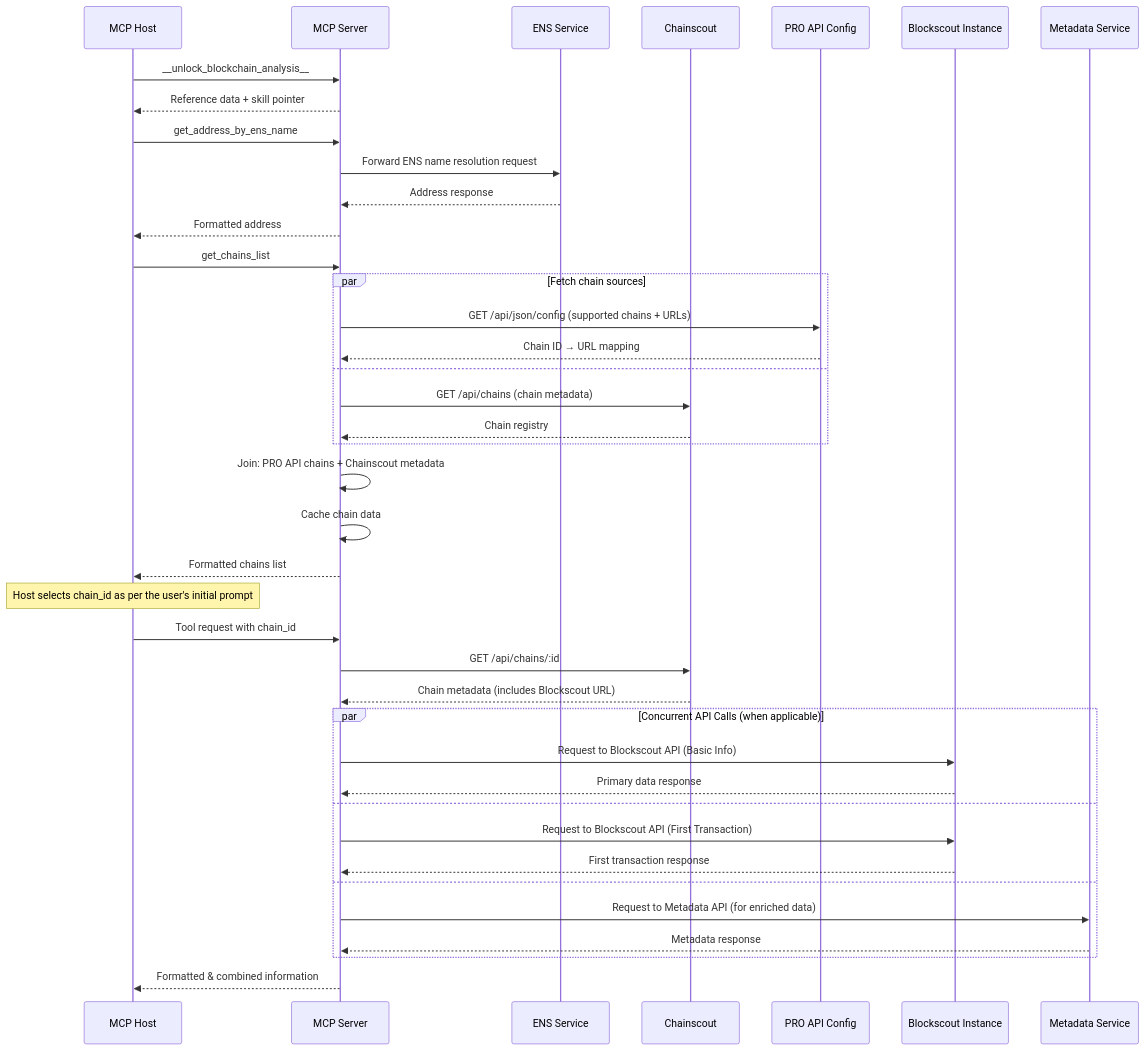
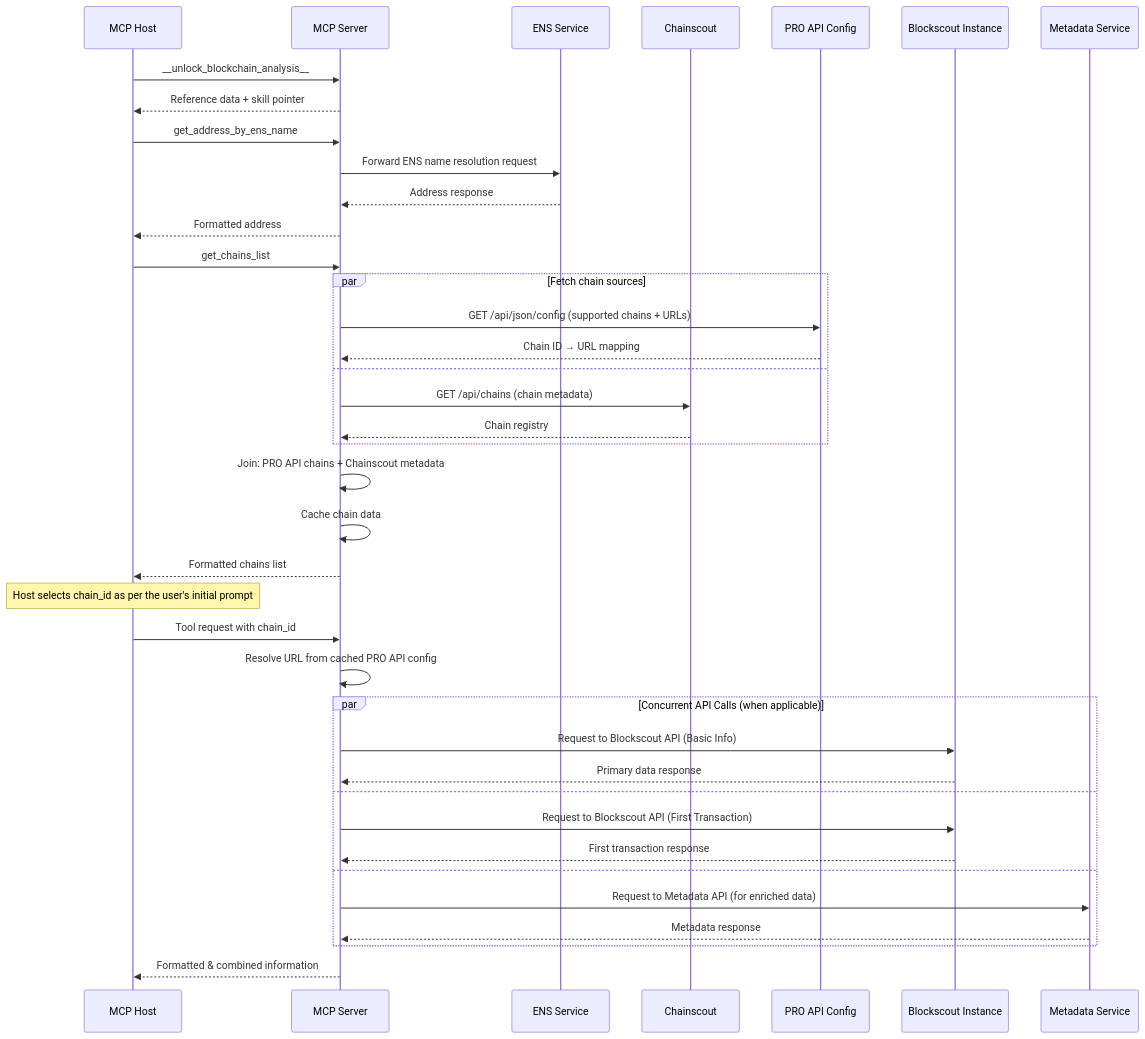
Before and after one commit to blockscout/mcp-server: the first of 3 diagrams in SPEC.md, drawn with Mermaid. The commit also changed 2 other files, not shown here.

Commit message:
Add missing PRO API gap tests and fix stale spec flow

````diff
--- a/SPEC.md
+++ b/SPEC.md
@@ -73,47 +73,46 @@
 ```mermaid
 sequenceDiagram
     participant AI as MCP Host
     participant MCP as MCP Server
     participant BENS as ENS Service
     participant CS as Chainscout
     participant ProAPI as PRO API Config
     participant BS as Blockscout Instance
     participant Metadata as Metadata Service
 
     AI->>MCP: __unlock_blockchain_analysis__
     MCP-->>AI: Reference data + skill pointer
 
     AI->>MCP: get_address_by_ens_name
     MCP->>BENS: Forward ENS name resolution request
     BENS-->>MCP: Address response
     MCP-->>AI: Formatted address
 
     AI->>MCP: get_chains_list
     par Fetch chain sources
         MCP->>ProAPI: GET /api/json/config (supported chains + URLs)
         ProAPI-->>MCP: Chain ID → URL mapping
     and
         MCP->>CS: GET /api/chains (chain metadata)
         CS-->>MCP: Chain registry
     end
     MCP->>MCP: Join: PRO API chains + Chainscout metadata
     MCP->>MCP: Cache chain data
     MCP-->>AI: Formatted chains list
 
     Note over AI: Host selects chain_id as per the user's initial prompt
 
     AI->>MCP: Tool request with chain_id
-    MCP->>CS: GET /api/chains/:id
-    CS-->>MCP: Chain metadata (includes Blockscout URL)
+    MCP->>MCP: Resolve URL from cached PRO API config
     par Concurrent API Calls (when applicable)
         MCP->>BS: Request to Blockscout API (Basic Info)
         BS-->>MCP: Primary data response
     and
         MCP->>BS: Request to Blockscout API (First Transaction)
         BS-->>MCP: First transaction response
     and
         MCP->>Metadata: Request to Metadata API (for enriched data)
         Metadata-->>MCP: Metadata response
     end
     MCP-->>AI: Formatted & combined information
 ```
````
